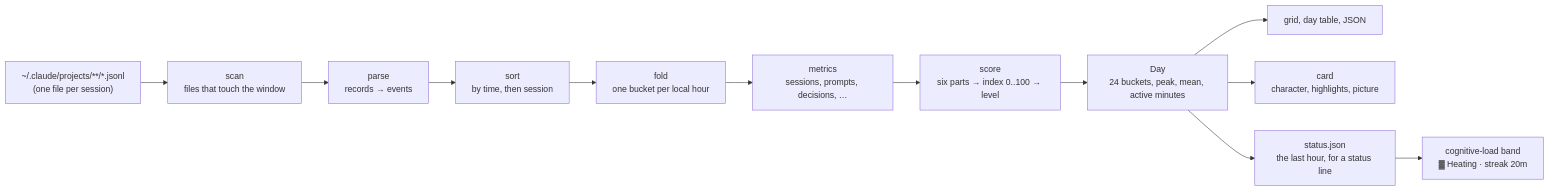
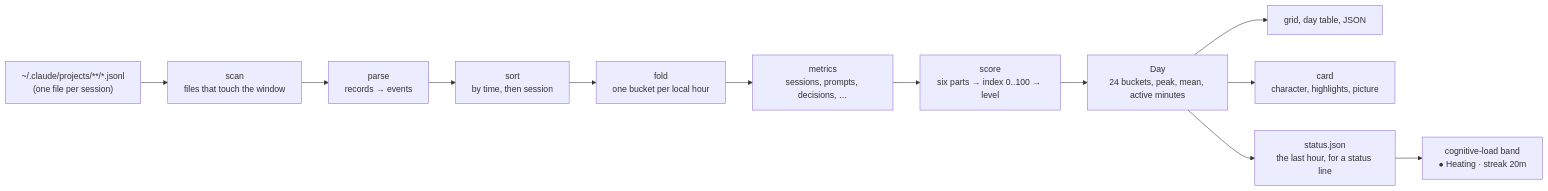
The diagram in docs/how-the-numbers-are-made.md (drakulavich/cogload), drawn with Mermaid before and after one commit. The commit also changed 5 other files, not shown here.

````diff
--- a/docs/how-the-numbers-are-made.md
+++ b/docs/how-the-numbers-are-made.md
@@ -9,14 +9,14 @@
 ```mermaid
 flowchart LR
   T["~/.claude/projects/**/*.jsonl<br/>(one file per session)"] --> S["scan<br/>files that touch the window"]
   S --> P["parse<br/>records → events"]
   P --> O["sort<br/>by time, then session"]
   O --> F["fold<br/>one bucket per local hour"]
   F --> M["metrics<br/>sessions, prompts, decisions, …"]
   M --> X["score<br/>six parts → index 0..100 → level"]
   X --> D["Day<br/>24 buckets, peak, mean, active minutes"]
   D --> G["grid, day table, JSON"]
   D --> C["card<br/>character, highlights, picture"]
   D --> ST["status.json<br/>the last hour, for a status line"]
-  ST --> CL["cognitive-load band<br/>▓ Heating · streak 20m"]
+  ST --> CL["cognitive-load band<br/>● Heating · streak 20m"]
 ```
````
